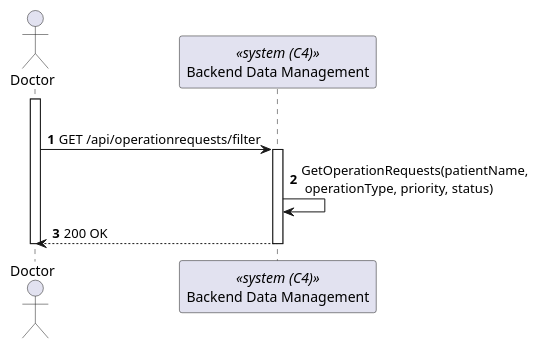
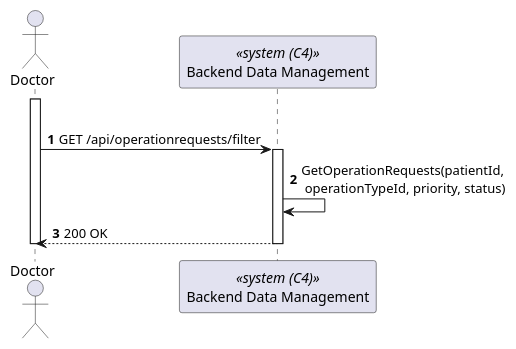
The diagram in docs/sprint-a/us-5.1.19/level2/process-view.puml (1220846/sem5pi-24-25-3ddg20), drawn with PlantUML before and after one commit. The commit also changed 1 other file, not shown here.

Commit message:
docs: documentation of list operation requests #19

```diff
--- a/docs/sprint-a/us-5.1.19/level2/process-view.puml
+++ b/docs/sprint-a/us-5.1.19/level2/process-view.puml
@@ -2,21 +2,21 @@
 @startuml process-view
 autonumber
 
 actor "Doctor" as Doctor
 participant BackendDataManagement as "Backend Data Management" <<system (C4)>>
 
 activate Doctor
 
     alt Get operation types
         Doctor-> BackendDataManagement : GET /api/operationrequests/filter
 
         activate BackendDataManagement
 
-            BackendDataManagement -> BackendDataManagement : GetOperationRequests(patientName,\n operationType, priority, status)
+            BackendDataManagement -> BackendDataManagement : GetOperationRequests(patientId,\n operationTypeId, priority, status)
 
         Doctor <-- BackendDataManagement : 200 OK
         deactivate BackendDataManagement
 
 deactivate Doctor
 
 @enduml
```
